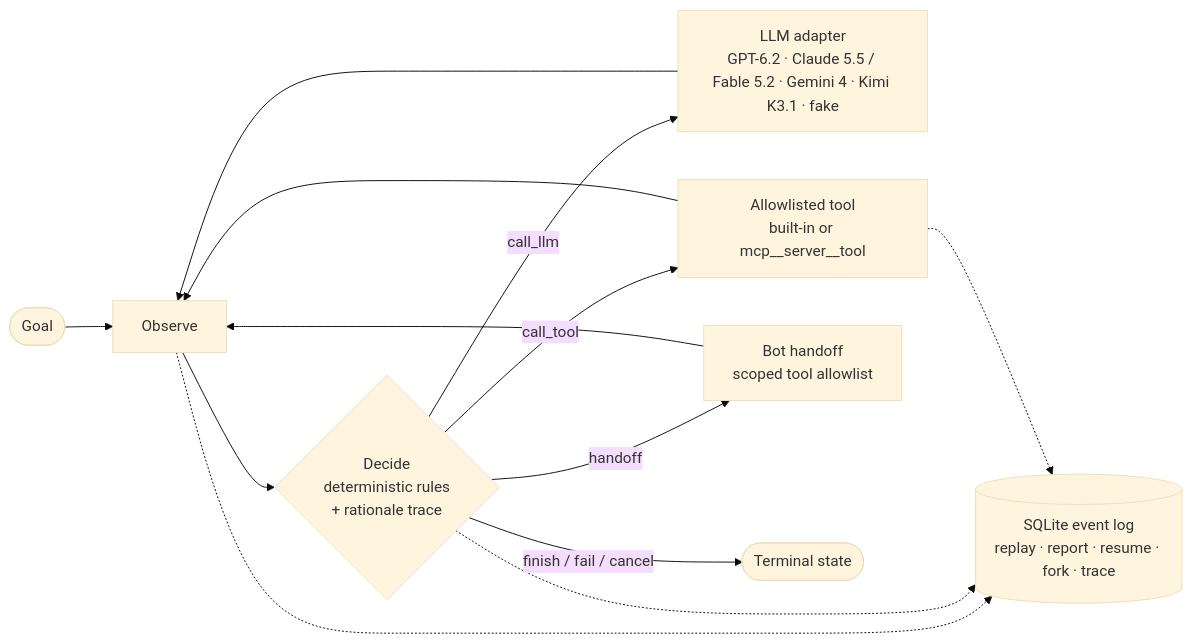
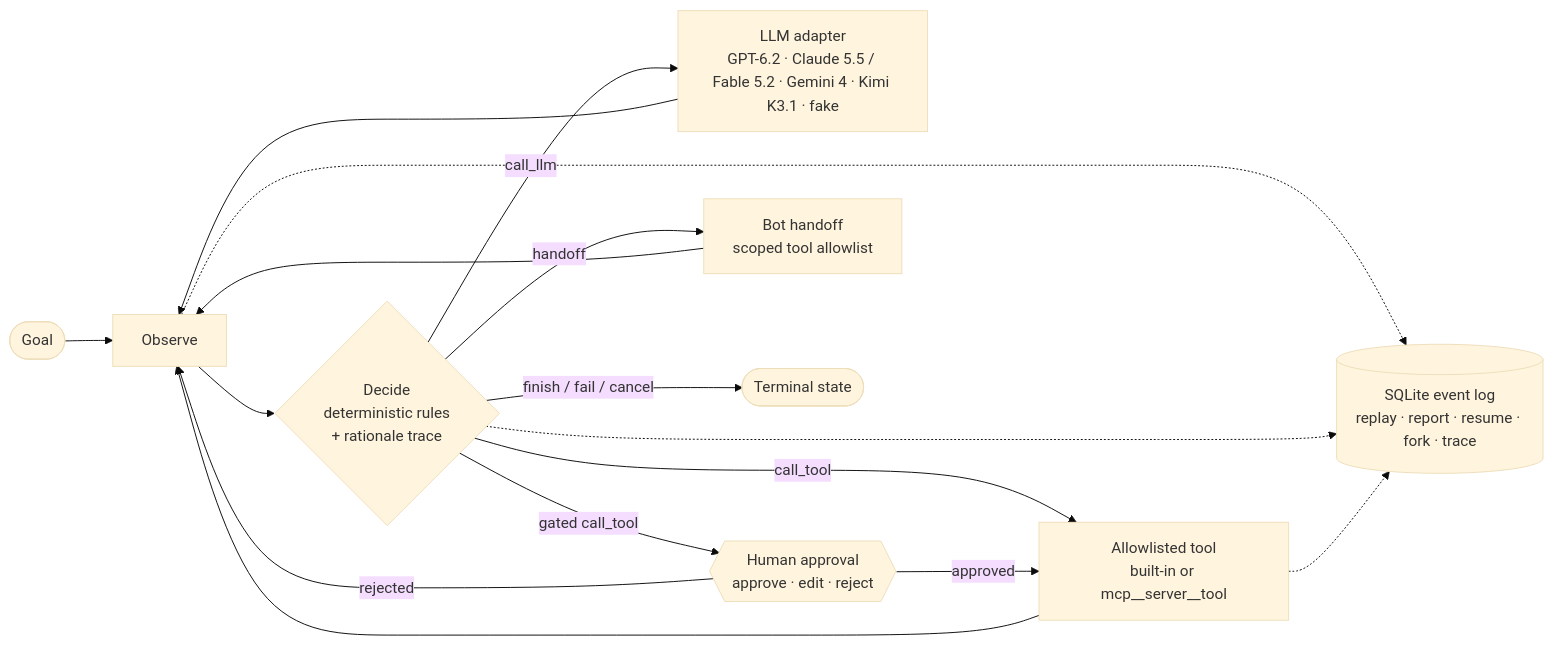
The diagram in README.md (Francis1998/multi-bot-agentic), drawn with Mermaid (base theme) before and after one commit. The commit also changed other lines of this file and 10 other files, not shown here.

````diff
--- a/README.md
+++ b/README.md
@@ -37,15 +37,18 @@
 ```mermaid
 flowchart LR
     goal([Goal]) --> observe[Observe]
     observe --> decide{"Decide<br/>deterministic rules<br/>+ rationale trace"}
     decide -->|call_llm| llm["LLM adapter<br/>GPT-6.2 · Claude 5.5 / Fable 5.2 · Gemini 4 · Kimi K3.1 · fake"]
     decide -->|call_tool| tool["Allowlisted tool<br/>built-in or mcp__server__tool"]
+    decide -->|gated call_tool| human{{"Human approval<br/>approve · edit · reject"}}
+    human -->|approved| tool
+    human -->|rejected| observe
     decide -->|handoff| bot["Bot handoff<br/>scoped tool allowlist"]
     decide -->|finish / fail / cancel| done([Terminal state])
     llm --> observe
     tool --> observe
     bot --> observe
     observe -.-> log[("SQLite event log<br/>replay · report · resume · fork · trace")]
     decide -.-> log
     tool -.-> log
 ```
````
